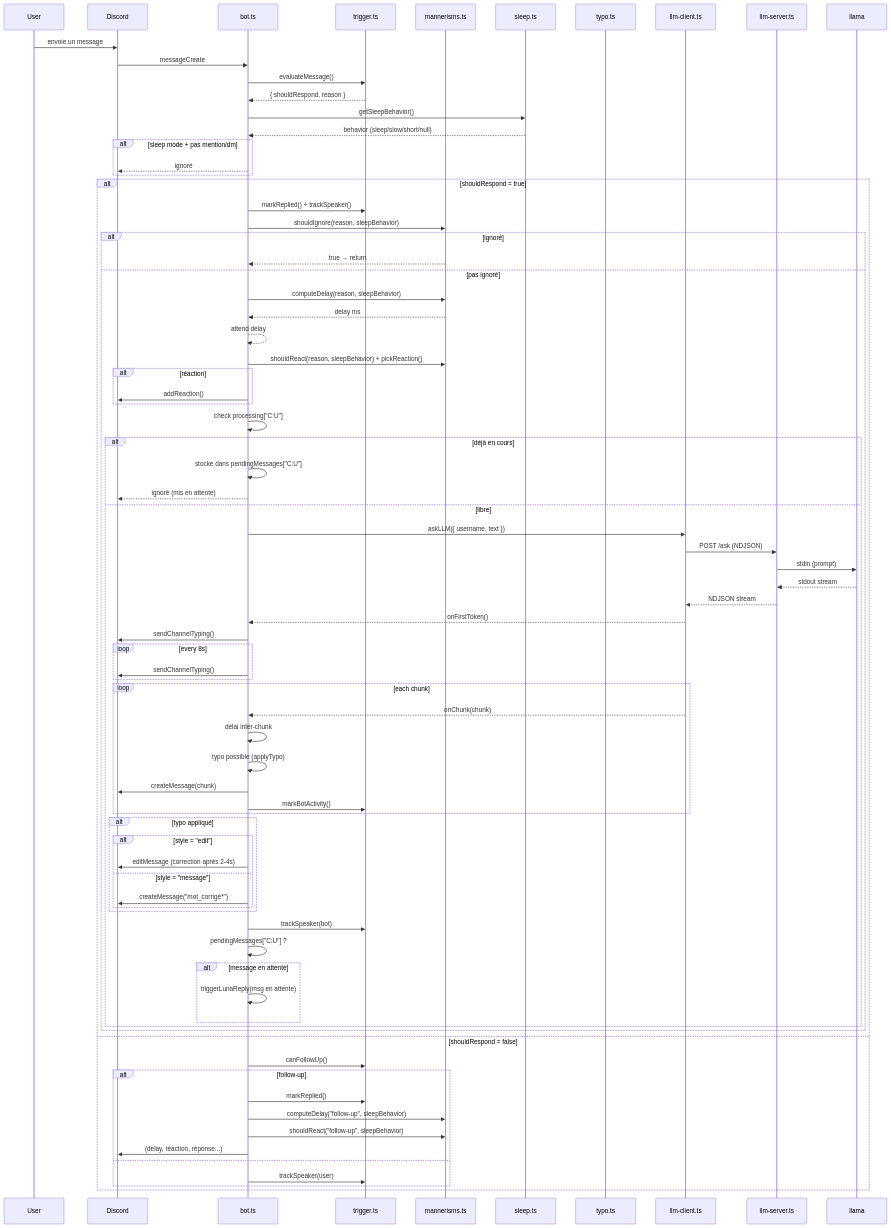
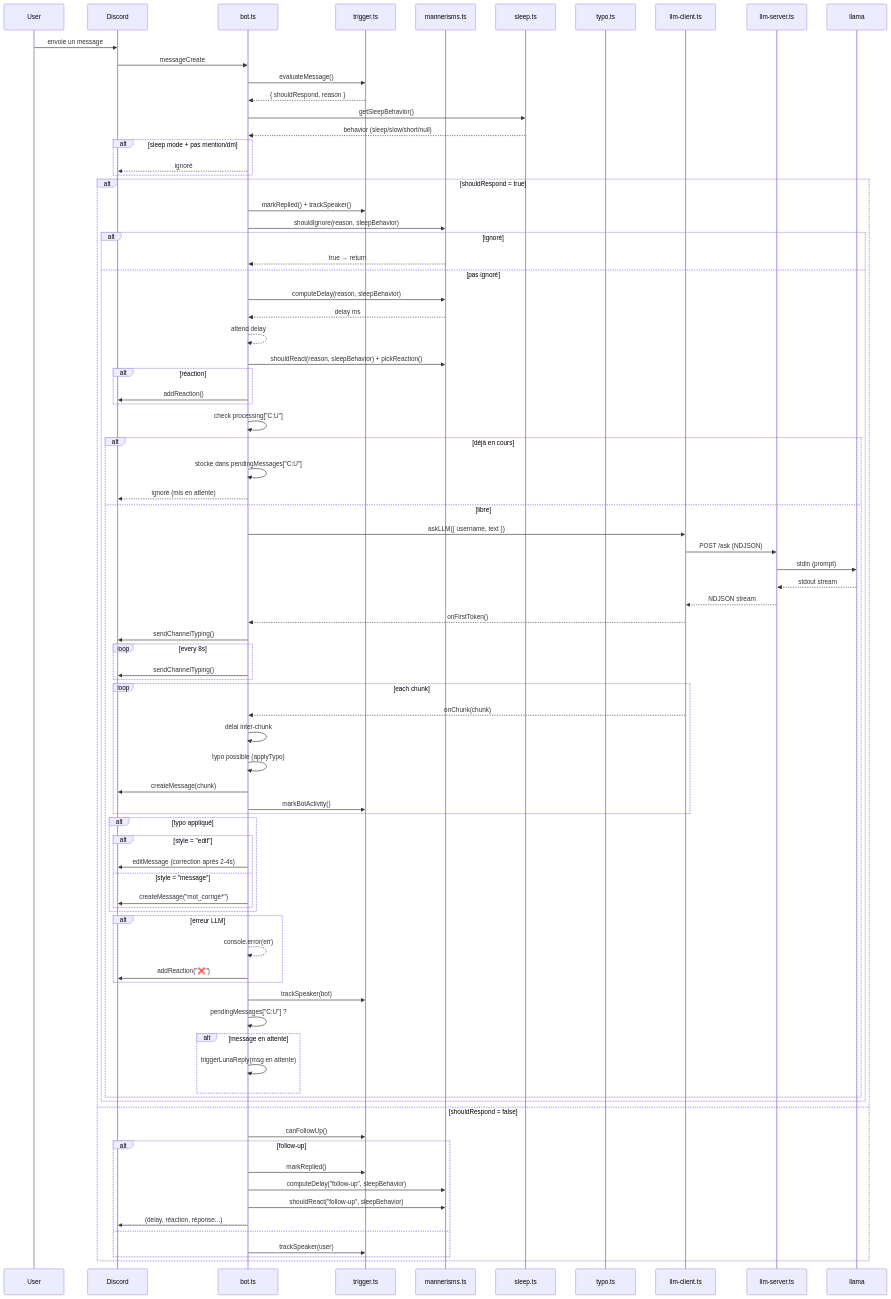
Before and after one commit to protocol-luna/krystal: the eighth of 9 diagrams in README.md, drawn with Mermaid. The commit also changed other lines of this file, not shown here.

Commit message:
added more mermaid diagrams and edited some to be more complete

````diff
--- a/README.md
+++ b/README.md
@@ -529,6 +576,10 @@
                         bot.ts->>Discord: createMessage("mot_corrigé*")
                     end
                 end
+                alt erreur LLM
+                    bot.ts-->>bot.ts: console.error(err)
+                    bot.ts->>Discord: addReaction("❌")
+                end
                 bot.ts->>trigger.ts: trackSpeaker(bot)
                 bot.ts->>bot.ts: pendingMessages["C:U"] ?
                 alt message en attente
@@ -545,6 +596,6 @@
             bot.ts->>Discord: (delay, réaction, réponse...)
         else
             bot.ts->>trigger.ts: trackSpeaker(user)
-        end
     end
+end
 ```
````
